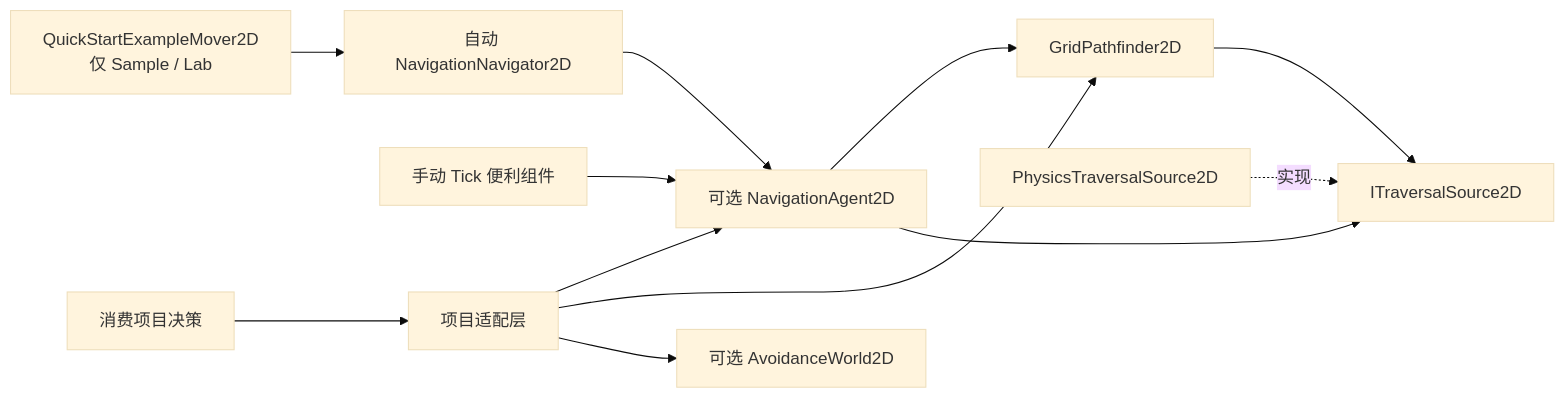
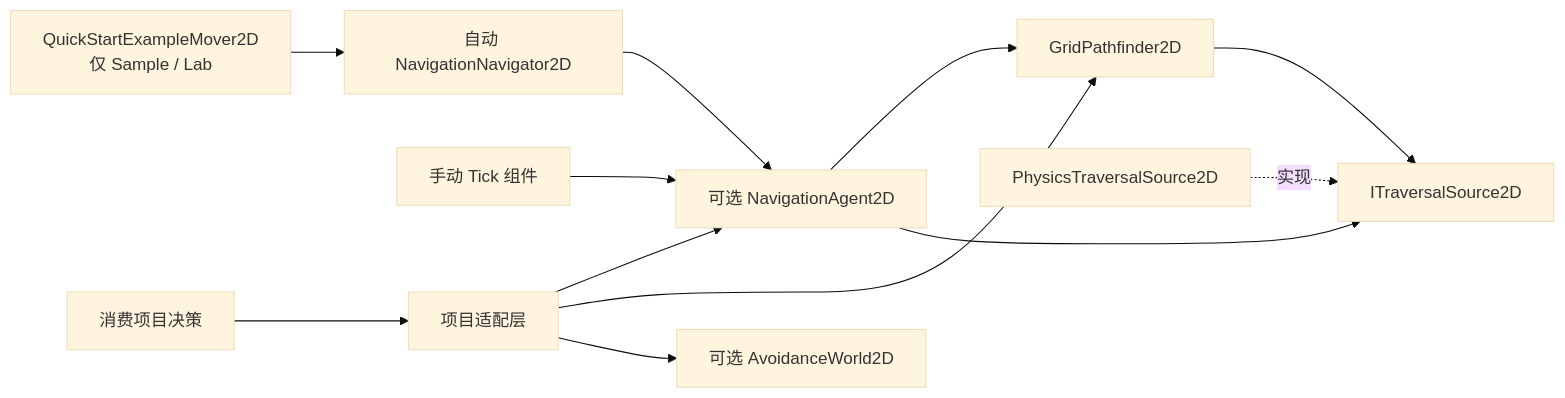
Before and after one commit to computerzhuxi/UnityGameSystems: the first of 2 diagrams in Packages/com.computerzhuxi.navigation2d/Documentation~/Architecture.md, drawn with Mermaid (base theme). The commit also changed other lines of this file and 63 other files, not shown here.

````diff
--- a/Packages/com.computerzhuxi.navigation2d/Documentation~/Architecture.md
+++ b/Packages/com.computerzhuxi.navigation2d/Documentation~/Architecture.md
@@ -7,14 +7,14 @@
 ```mermaid
 flowchart LR
     Game[消费项目决策] --> Adapter[项目适配层]
     Adapter --> Agent[可选 NavigationAgent2D]
-    Component[手动 Tick 便利组件] --> Agent
+    Component[手动 Tick 组件] --> Agent
     Navigator[自动 NavigationNavigator2D] --> Agent
     Example[QuickStartExampleMover2D<br/>仅 Sample / Lab] --> Navigator
     Agent --> Query[GridPathfinder2D]
     Adapter --> Query
     Query --> Source[ITraversalSource2D]
     Agent --> Source
     Physics[PhysicsTraversalSource2D] -.->|实现| Source
     Adapter --> Avoidance[可选 AvoidanceWorld2D]
 ```
````
